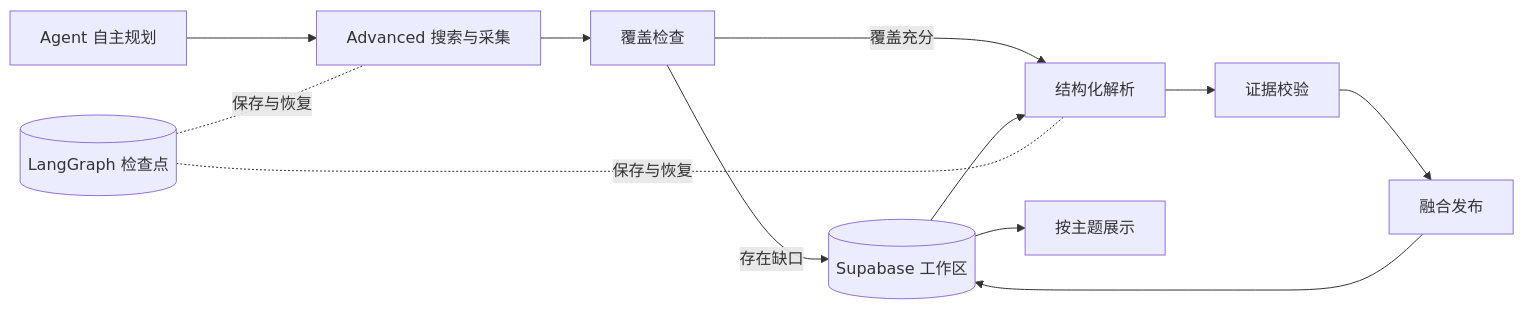
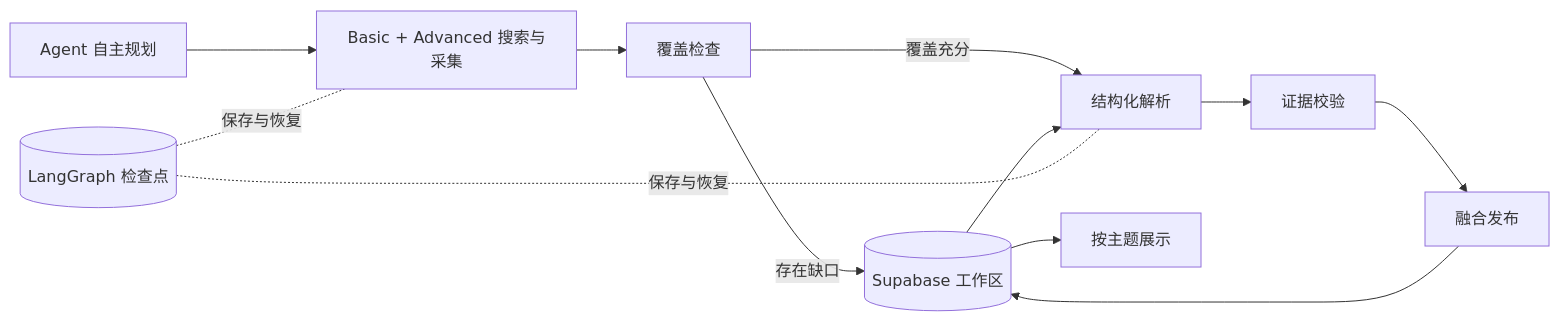
One commit to 335691851/Industrial-AI-research changed the diagram in README.md. Above: the diagram before and after it, drawn with Mermaid. The commit also changed other lines of this file and 10 other files, not shown here.

````diff
--- a/README.md
+++ b/README.md
@@ -42,14 +43,14 @@
 ```mermaid
 flowchart LR
-  P[Agent 自主规划] --> C[Advanced 搜索与采集]
+  P[Agent 自主规划] --> C[Basic + Advanced 搜索与采集]
   C --> G[覆盖检查]
   G -->|存在缺口| S[定向补充搜索]
   G -->|覆盖充分| E[结构化解析]
   S --> E
   E --> V[证据校验]
   V --> M[融合发布]
   D[(LangGraph 检查点)] -. 保存与恢复 .- C
   D -. 保存与恢复 .- E
   M --> S[(Supabase 工作区)]
   S --> U[按主题展示]
 ```
````
